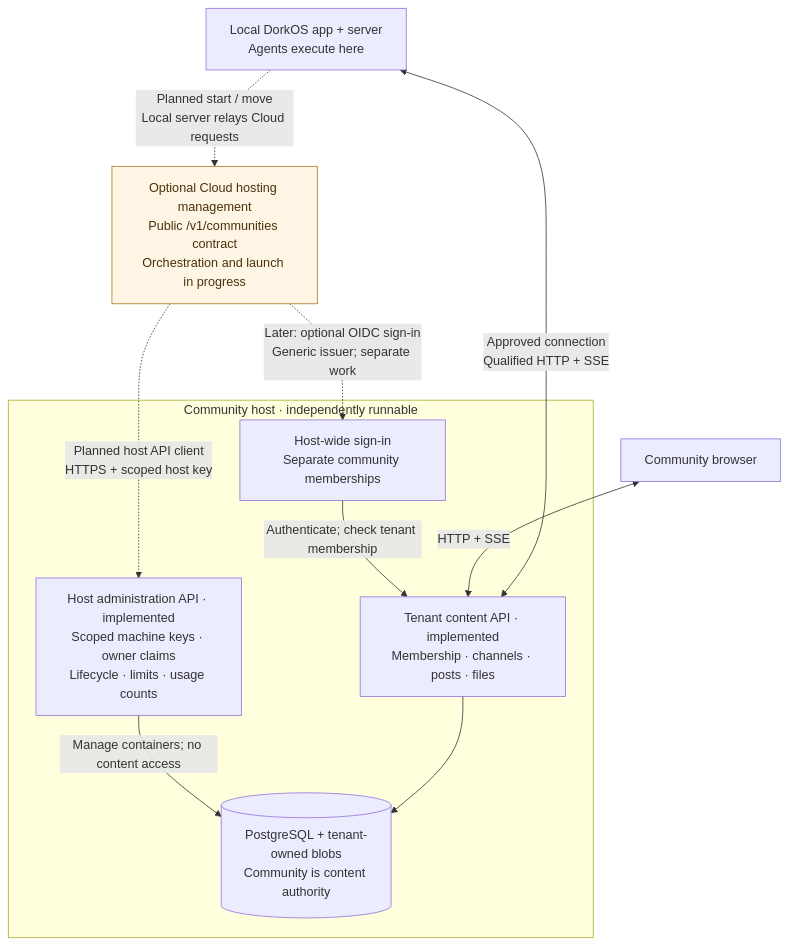
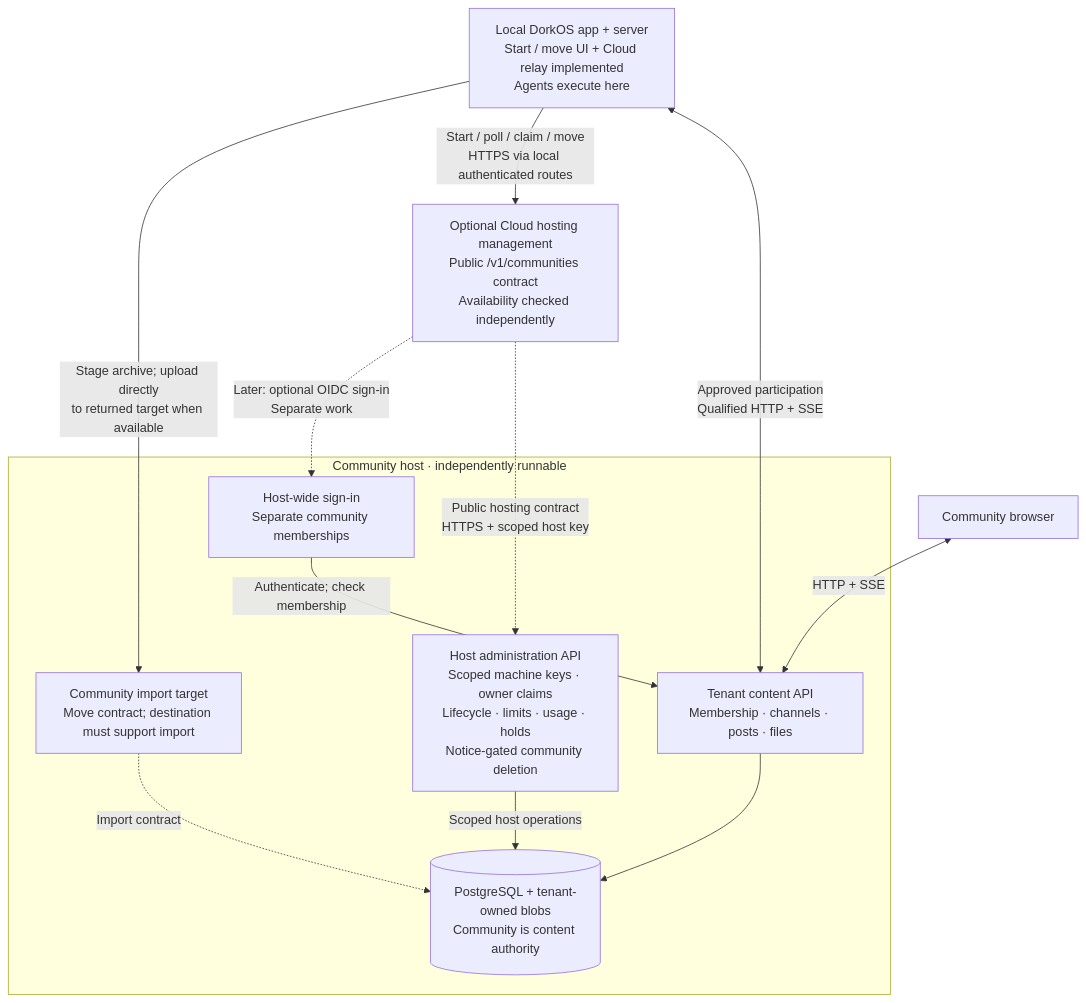
Before and after one commit to dork-labs/dorkos: the diagram in contributing/diagrams/architecture/hosted-communities.mmd, drawn with Mermaid. The commit also changed 16 other files, not shown here.

Commit message:
docs(architecture): reconcile completed Cloud boundary and follow-on plans

```diff
--- a/contributing/diagrams/architecture/hosted-communities.mmd
+++ b/contributing/diagrams/architecture/hosted-communities.mmd
@@ -1,22 +1,23 @@
 flowchart TB
   accTitle: Community and optional Cloud hosting management
-  accDescr: The Community host implements tenant content and a separate host administration API. Cloud hosting orchestration, local start and move flows, and optional shared sign-in are planned paths at this snapshot. Cloud management does not access messages, files or the host database.
-  app["Local DorkOS app + server<br/>Agents execute here"]
-  cloud["Optional Cloud hosting management<br/>Public /v1/communities contract<br/>Orchestration and launch in progress"]
+  accDescr: The local app implements start and move requests to Cloud. Hosting control and ordinary Community participation have separate authority. Move archives go from the local server directly to the returned Community upload target. Contract support does not establish deployment availability.
+  app["Local DorkOS app + server<br/>Start / move UI + Cloud relay implemented<br/>Agents execute here"]
+  cloud["Optional Cloud hosting management<br/>Public /v1/communities contract<br/>Availability checked independently"]
   subgraph host["Community host · independently runnable"]
-    admin["Host administration API · implemented<br/>Scoped machine keys · owner claims<br/>Lifecycle · limits · usage counts"]
-    content["Tenant content API · implemented<br/>Membership · channels · posts · files"]
+    admin["Host administration API<br/>Scoped machine keys · owner claims<br/>Lifecycle · limits · usage · holds<br/>Notice-gated community deletion"]
+    content["Tenant content API<br/>Membership · channels · posts · files"]
+    upload["Community import target<br/>Move contract; destination must support import"]
     auth["Host-wide sign-in<br/>Separate community memberships"]
     data[("PostgreSQL + tenant-owned blobs<br/>Community is content authority")]
-    admin -->|"Manage containers; no content access"| data
+    admin -->|"Scoped host operations"| data
     content --> data
-    auth -->|"Authenticate; check tenant membership"| content
+    upload -.->|"Import contract"| data
+    auth -->|"Authenticate; check membership"| content
   end
   browser["Community browser"]
   browser <-->|"HTTP + SSE"| content
-  app <-->|"Approved connection<br/>Qualified HTTP + SSE"| content
-  app -.->|"Planned start / move<br/>Local server relays Cloud requests"| cloud
-  cloud -.->|"Planned host API client<br/>HTTPS + scoped host key"| admin
-  cloud -.->|"Later: optional OIDC sign-in<br/>Generic issuer; separate work"| auth
-  classDef planned fill:#fff5e4,stroke:#a87720,color:#49320c
-  class cloud planned
+  app <-->|"Approved participation<br/>Qualified HTTP + SSE"| content
+  app -->|"Start / poll / claim / move<br/>HTTPS via local authenticated routes"| cloud
+  app -->|"Stage archive; upload directly<br/>to returned target when available"| upload
+  cloud -.->|"Public hosting contract<br/>HTTPS + scoped host key"| admin
+  cloud -.->|"Later: optional OIDC sign-in<br/>Separate work"| auth
```
